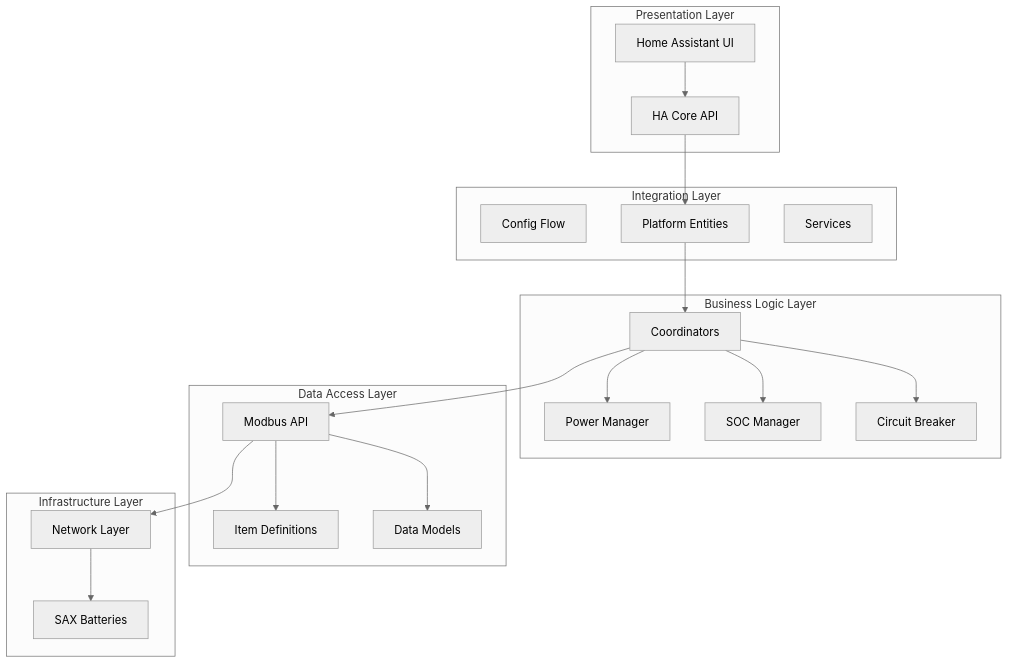
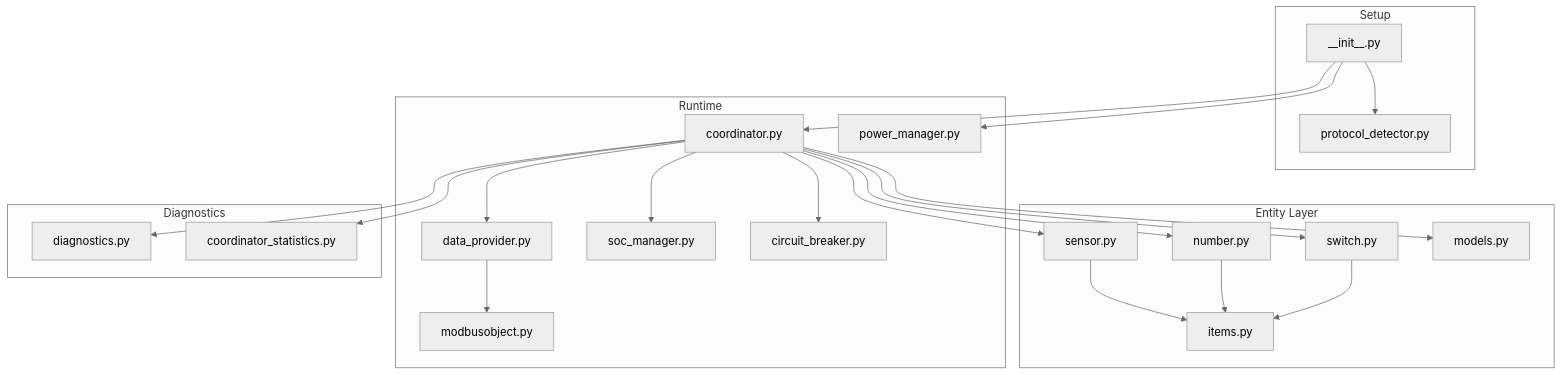
The diagram in documentation/architecture/components.md (matfroh/sax_battery_ha), drawn with Mermaid (neutral theme) before and after one commit. The commit also changed other lines of this file and 52 other files, not shown here.

````diff
--- a/documentation/architecture/components.md
+++ b/documentation/architecture/components.md
@@ -9,43 +7,46 @@
 ```mermaid
-graph TD
-    subgraph "Presentation Layer"
-        UI[Home Assistant UI]
-        API[HA Core API]
+graph TB
+    subgraph Setup
+      INIT[__init__.py]
+      DETECT[protocol_detector.py]
     end
-    
-    subgraph "Integration Layer"
-        CF[Config Flow]
-        ENT[Platform Entities]
-        SERV[Services]
+
+    subgraph Runtime
+      COORD[coordinator.py]
+      PROVIDER[data_provider.py]
+      MODBUS[modbusobject.py]
+      SOC[soc_manager.py]
+      POWER[power_manager.py]
+      CB[circuit_breaker.py]
     end
-    
-    subgraph "Business Logic Layer" 
-        COORD[Coordinators]
-        PM[Power Manager]
-        SM[SOC Manager]
-        CB[Circuit Breaker]
+
+    subgraph Entity Layer
+      SENSOR[sensor.py]
+      NUMBER[number.py]
+      SWITCH[switch.py]
+      ITEMS[items.py]
+      MODELS[models.py]
     end
-    
-    subgraph "Data Access Layer"
-        MODBUS[Modbus API]
-        ITEMS[Item Definitions]
-        MODELS[Data Models]
+
+    subgraph Diagnostics
+      DIAG[diagnostics.py]
+      STATS[coordinator_statistics.py]
     end
-    
-    subgraph "Infrastructure Layer"
-        NETWORK[Network Layer]
-        HARDWARE[SAX Batteries]
-    end
-    
-    UI --> API
-    API --> ENT
-    ENT --> COORD
-    COORD --> PM
-    COORD --> SM
+
+    INIT --> DETECT
+    INIT --> COORD
+    COORD --> PROVIDER
+    PROVIDER --> MODBUS
+    COORD --> SOC
+    INIT --> POWER
     COORD --> CB
-    COORD --> MODBUS
-    MODBUS --> ITEMS
-    MODBUS --> MODELS
-    MODBUS --> NETWORK
-    NETWORK --> HARDWARE
+    COORD --> SENSOR
+    COORD --> NUMBER
+    COORD --> SWITCH
+    COORD --> DIAG
+    COORD --> STATS
+    SENSOR --> ITEMS
+    NUMBER --> ITEMS
+    SWITCH --> ITEMS
+    COORD --> MODELS
 ```
````
